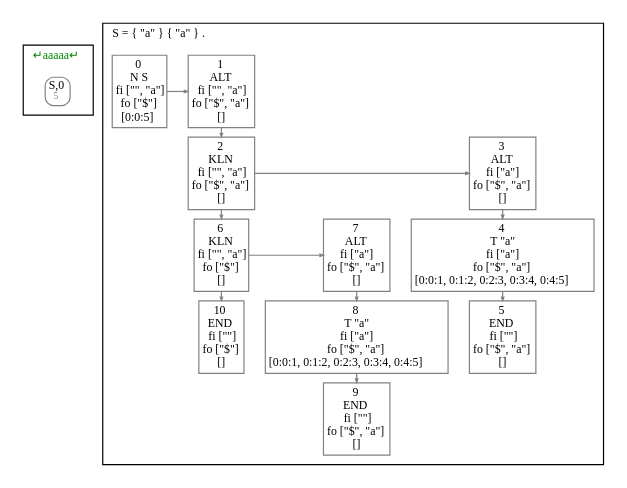
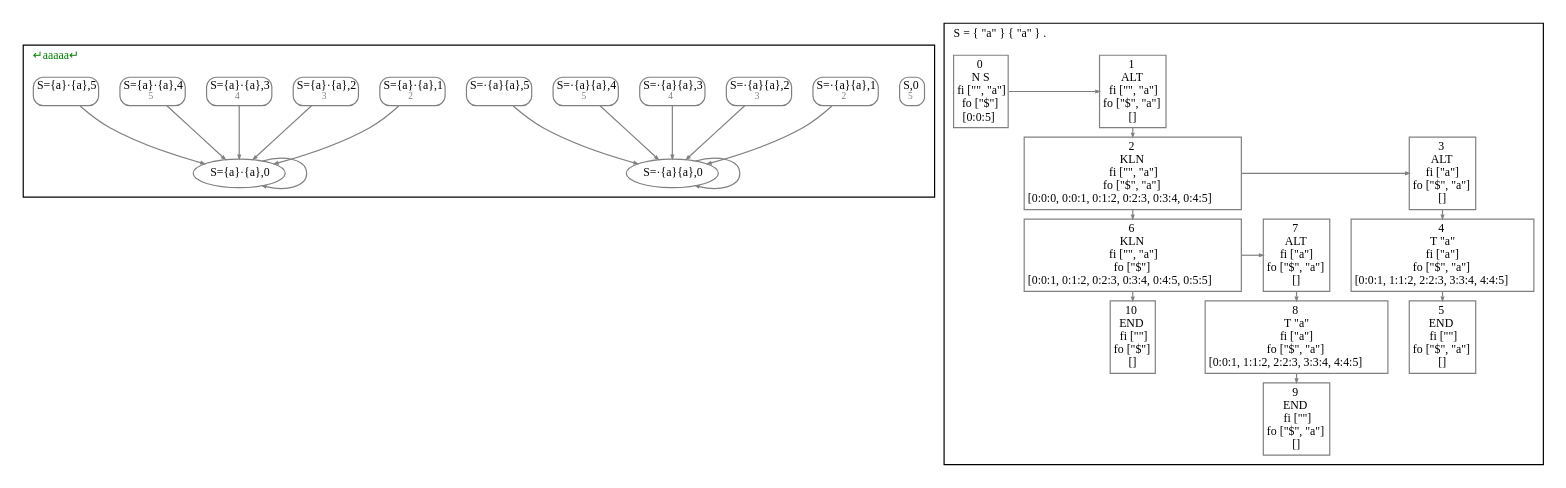
One commit to JanWillemBrands/AoC2021 changed the diagram in ART.gv. Above: the diagram before and after it, drawn with Graphviz. The commit also changed 8 other files, not shown here.

```diff
--- a/ART.gv
+++ b/ART.gv
@@ -1,58 +1,84 @@
 digraph G {
   fontname = Menlo
   fontsize = 10
   node [fontname = Menlo, fontsize = 10, color = gray, height = 0, width = 0, margin= 0.04]
   edge [fontname = Menlo, fontsize = 10, color = gray, arrowsize = 0.3]
   graph [ranksep = 0.1]
   rankdir = "TB"
   subgraph GSS {
     cluster = true
     label = <↵aaaaa↵> fontcolor = green
     labeljust = l
     node [shape = box, style = rounded, height = 0]
     0.0 [label = <S,0<br/><font color="gray" point-size="8.0"> 5</font>>]
+    2.0 [label = <S=·{a}{a},0<br/><font color="gray" point-size="8.0"> 1</font>>]
+    2.0 -> 2.0
+    2.1 [label = <S=·{a}{a},1<br/><font color="gray" point-size="8.0"> 2</font>>]
+    2.1 -> 2.0
+    2.2 [label = <S=·{a}{a},2<br/><font color="gray" point-size="8.0"> 3</font>>]
+    2.2 -> 2.0
+    2.3 [label = <S=·{a}{a},3<br/><font color="gray" point-size="8.0"> 4</font>>]
+    2.3 -> 2.0
+    2.4 [label = <S=·{a}{a},4<br/><font color="gray" point-size="8.0"> 5</font>>]
+    2.4 -> 2.0
+    2.5 [label = <S=·{a}{a},5<br/><font color="gray" point-size="8.0"> </font>>]
+    2.5 -> 2.0
+    6.0 [label = <S={a}·{a},0<br/><font color="gray" point-size="8.0"> 1</font>>]
+    6.0 -> 6.0
+    6.1 [label = <S={a}·{a},1<br/><font color="gray" point-size="8.0"> 2</font>>]
+    6.1 -> 6.0
+    6.2 [label = <S={a}·{a},2<br/><font color="gray" point-size="8.0"> 3</font>>]
+    6.2 -> 6.0
+    6.3 [label = <S={a}·{a},3<br/><font color="gray" point-size="8.0"> 4</font>>]
+    6.3 -> 6.0
+    6.4 [label = <S={a}·{a},4<br/><font color="gray" point-size="8.0"> 5</font>>]
+    6.4 -> 6.0
+    6.5 [label = <S={a}·{a},5<br/><font color="gray" point-size="8.0"> </font>>]
+    6.5 -> 6.0
+    2.0 [label = <S=·{a}{a},0> shape = ellipse]
+    6.0 [label = <S={a}·{a},0> shape = ellipse]
   }
   subgraph clusterS {
     node [shape = box]
     label = <S = { "a" } { "a" } .>
     labeljust = l
     SR0C0 [label = <0<br/>N S<br/>fi ["", "a"]<br/>fo ["$"]<br/>[0:0:5]>]
     SR0C1 [label = <1<br/>ALT <br/>fi ["", "a"]<br/>fo ["$", "a"]<br/>[]>]
-    SR1C1 [label = <2<br/>KLN <br/>fi ["", "a"]<br/>fo ["$", "a"]<br/>[]>]
-    SR2C1 [label = <6<br/>KLN <br/>fi ["", "a"]<br/>fo ["$"]<br/>[]>]
+    SR1C1 [label = <2<br/>KLN <br/>fi ["", "a"]<br/>fo ["$", "a"]<br/>[0:0:0, 0:0:1, 0:1:2, 0:2:3, 0:3:4, 0:4:5]>]
+    SR2C1 [label = <6<br/>KLN <br/>fi ["", "a"]<br/>fo ["$"]<br/>[0:0:1, 0:1:2, 0:2:3, 0:3:4, 0:4:5, 0:5:5]>]
     SR3C1 [label = <10<br/>END <br/>fi [""]<br/>fo ["$"]<br/>[]>]
     SR2C1 -> SR3C1 [weight=100000000]
     SR2C2 [label = <7<br/>ALT <br/>fi ["a"]<br/>fo ["$", "a"]<br/>[]>]
-    SR3C2 [label = <8<br/>T "a"<br/>fi ["a"]<br/>fo ["$", "a"]<br/>[0:0:1, 0:1:2, 0:2:3, 0:3:4, 0:4:5]>]
+    SR3C2 [label = <8<br/>T "a"<br/>fi ["a"]<br/>fo ["$", "a"]<br/>[0:0:1, 1:1:2, 2:2:3, 3:3:4, 4:4:5]>]
     SR4C2 [label = <9<br/>END <br/>fi [""]<br/>fo ["$", "a"]<br/>[]>]
     SR3C2 -> SR4C2 [weight=100000000]
     SR2C2 -> SR3C2 [weight=100000000]
     rank = same {SR2C1 -> SR2C2}
     SR1C1 -> SR2C1 [weight=100000000]
     SR1C3 [label = <3<br/>ALT <br/>fi ["a"]<br/>fo ["$", "a"]<br/>[]>]
-    SR2C3 [label = <4<br/>T "a"<br/>fi ["a"]<br/>fo ["$", "a"]<br/>[0:0:1, 0:1:2, 0:2:3, 0:3:4, 0:4:5]>]
+    SR2C3 [label = <4<br/>T "a"<br/>fi ["a"]<br/>fo ["$", "a"]<br/>[0:0:1, 1:1:2, 2:2:3, 3:3:4, 4:4:5]>]
     SR3C3 [label = <5<br/>END <br/>fi [""]<br/>fo ["$", "a"]<br/>[]>]
     SR2C3 -> SR3C3 [weight=100000000]
     SR1C3 -> SR2C3 [weight=100000000]
     rank = same {SR1C1 -> SR1C3}
     SR0C1 -> SR1C1 [weight=100000000]
     rank = same {SR0C0 -> SR0C1}
     node [style = invis]
     edge [style = invis]
     rank = same {SR0C1 -> SR0C2}
     rank = same {SR0C2 -> SR0C3}
     SR0C0 -> SR1C0 [weight=100000000]
     rank = same {SR1C0 -> SR1C1}
     SR0C3 -> SR1C3 [weight=100000000]
     SR1C0 -> SR2C0 [weight=100000000]
     rank = same {SR2C0 -> SR2C1}
     SR2C0 -> SR3C0 [weight=100000000]
     rank = same {SR3C0 -> SR3C1}
     SR3C0 -> SR4C0 [weight=100000000]
     SR3C1 -> SR4C1 [weight=100000000]
     rank = same {SR4C0 -> SR4C1}
     rank = same {SR4C1 -> SR4C2}
     SR3C3 -> SR4C3 [weight=100000000]
     rank = same {SR4C2 -> SR4C3}
   }
 }
```
